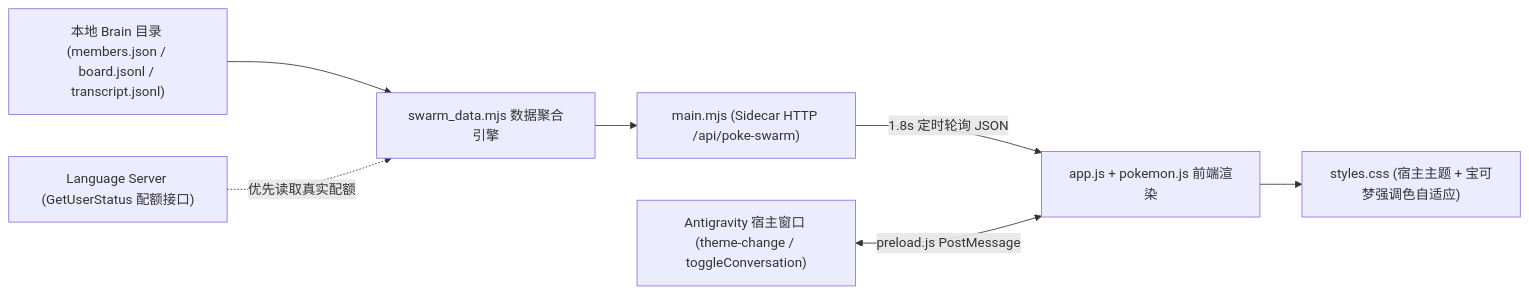
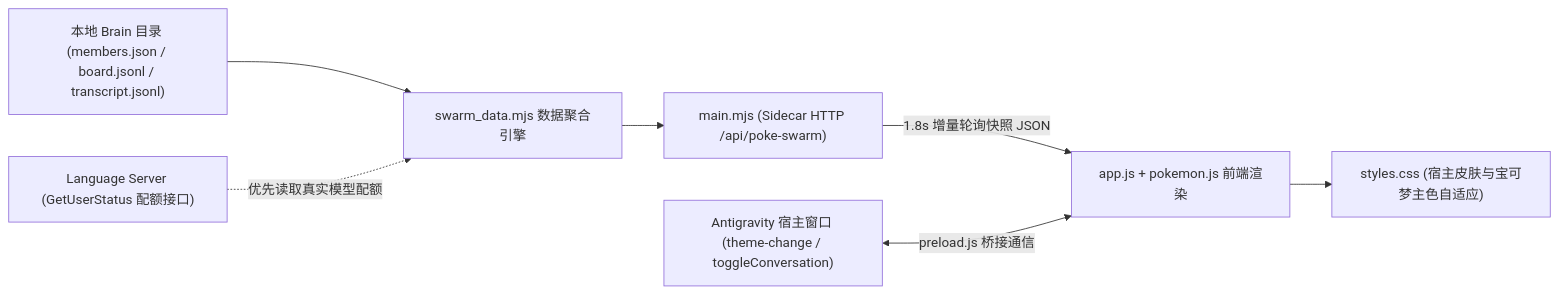
One commit to xialeizhou77/antigravity-poke-swarm changed the diagram in README.md. Above: the diagram before and after it, drawn with Mermaid. The commit also changed other lines of this file and 1 other file, not shown here.

Commit message:
docs: add switchable bilingual README (zh-CN & English) with adaptive theme showcase

````diff
--- a/README.md
+++ b/README.md
@@ -102,9 +130,9 @@
 ```mermaid
 flowchart LR
     Brain["本地 Brain 目录 (members.json / board.jsonl / transcript.jsonl)"] --> Agg["swarm_data.mjs 数据聚合引擎"]
-    LS["Language Server (GetUserStatus 配额接口)"] -.->|"优先读取真实配额"| Agg
+    LS["Language Server (GetUserStatus 配额接口)"] -.->|"优先读取真实模型配额"| Agg
     Agg --> API["main.mjs (Sidecar HTTP /api/poke-swarm)"]
-    API -->|"1.8s 定时轮询 JSON"| UI["app.js + pokemon.js 前端渲染"]
-    Host["Antigravity 宿主窗口 (theme-change / toggleConversation)"] <-->|"preload.js PostMessage"| UI
-    UI --> Styles["styles.css (宿主主题 + 宝可梦强调色自适应)"]
+    API -->|"1.8s 增量轮询快照 JSON"| UI["app.js + pokemon.js 前端渲染"]
+    Host["Antigravity 宿主窗口 (theme-change / toggleConversation)"] <-->|"preload.js 桥接通信"| UI
+    UI --> Styles["styles.css (宿主皮肤与宝可梦主色自适应)"]
 ```
````
